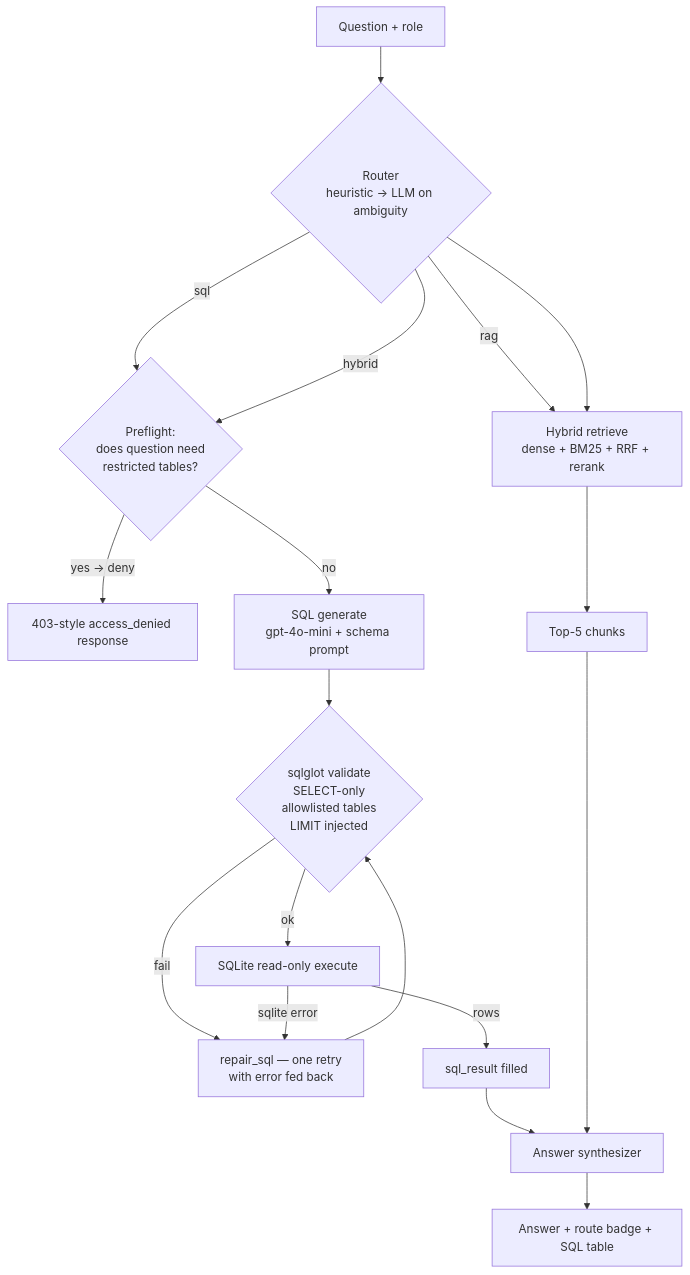
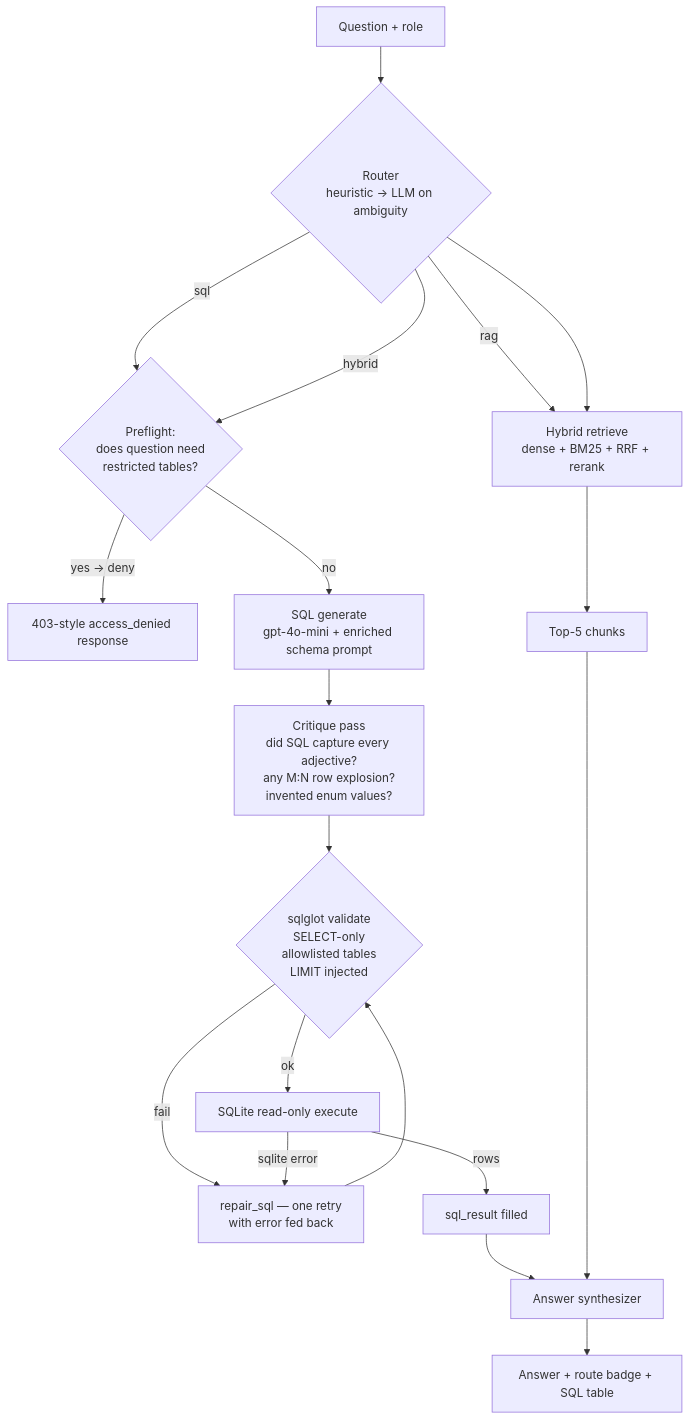
One commit to viditkbhatnagar/technova-RAG changed the third of 4 diagrams in STRUCTURED_DATA_RAG.md. Above: the diagram before and after it, drawn with Mermaid. The commit also changed other lines of this file and 2 other files, not shown here.

````diff
--- a/STRUCTURED_DATA_RAG.md
+++ b/STRUCTURED_DATA_RAG.md
@@ -119,22 +119,23 @@
 ```mermaid
 flowchart TD
     Q[Question + role] --> R{Router<br/>heuristic → LLM on ambiguity}
     R -->|sql| P1{Preflight:<br/>does question need<br/>restricted tables?}
     R -->|hybrid| P1
     R -->|rag| RAG
     P1 -->|yes → deny| DENY[403-style access_denied response]
-    P1 -->|no| SG[SQL generate<br/>gpt-4o-mini + schema prompt]
-    SG --> V{sqlglot validate<br/>SELECT-only<br/>allowlisted tables<br/>LIMIT injected}
+    P1 -->|no| SG[SQL generate<br/>gpt-4o-mini + enriched schema prompt]
+    SG --> CR[Critique pass<br/>did SQL capture every adjective?<br/>any M:N row explosion?<br/>invented enum values?]
+    CR --> V{sqlglot validate<br/>SELECT-only<br/>allowlisted tables<br/>LIMIT injected}
     V -->|fail| RX[repair_sql — one retry<br/>with error fed back]
     RX --> V
     V -->|ok| EX[SQLite read-only execute]
     EX -->|rows| SQL_OK[sql_result filled]
     EX -->|sqlite error| RX
 
     R --> RAG[Hybrid retrieve<br/>dense + BM25 + RRF + rerank]
     RAG --> TK[Top-5 chunks]
 
     SQL_OK --> SYN[Answer synthesizer]
     TK --> SYN
     SYN --> A[Answer + route badge + SQL table]
 ```
````
